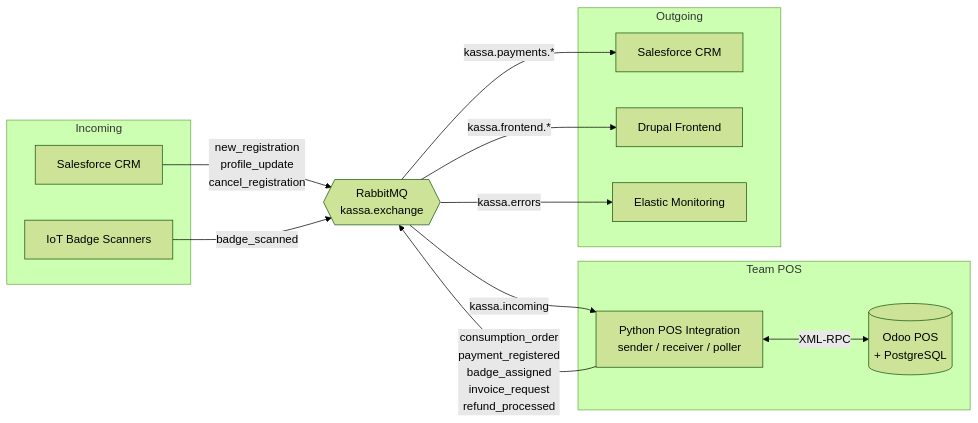
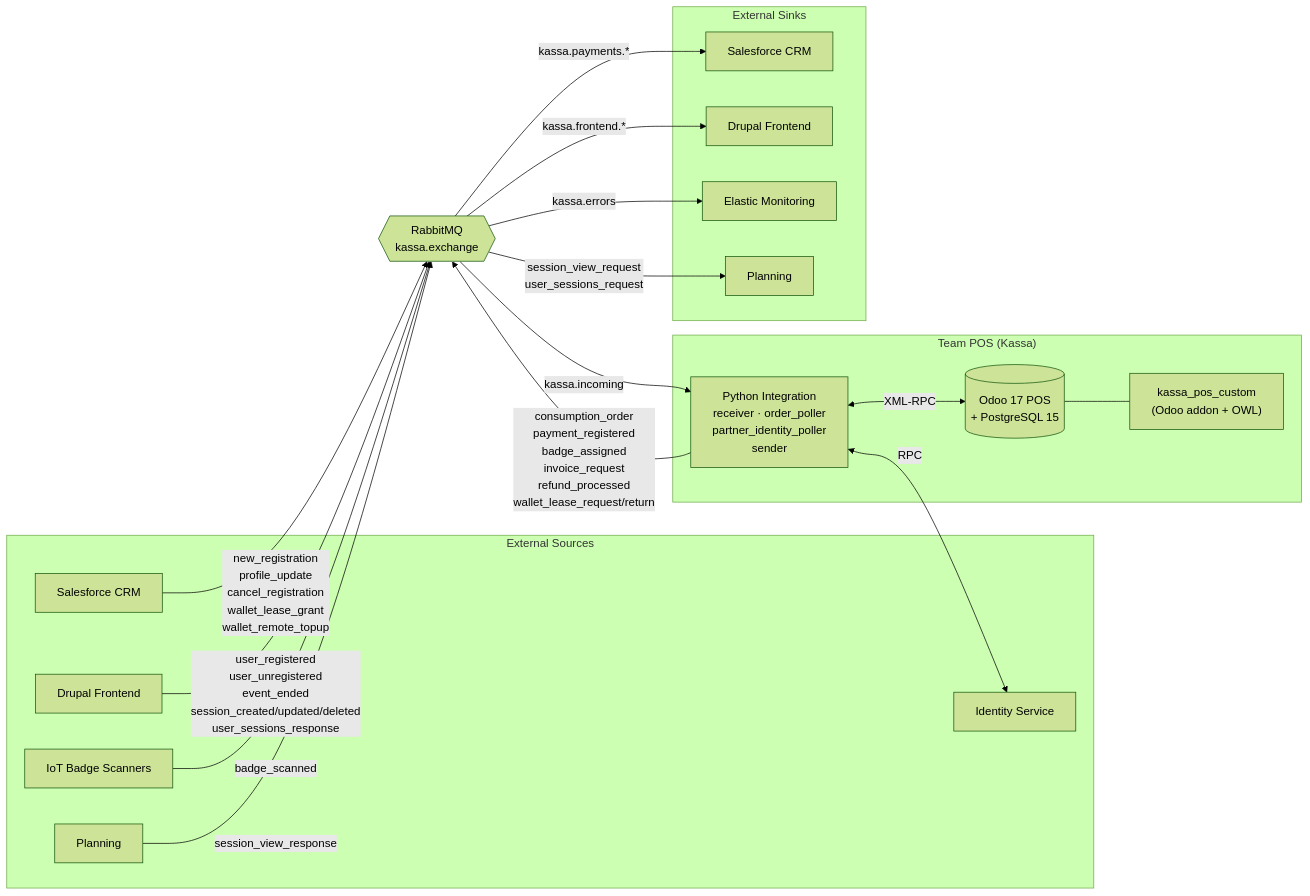
One commit to IntegrationProject-Groep1/Kassa changed the diagram in README.md. Above: the diagram before and after it, drawn with Mermaid (forest theme). The commit also changed other lines of this file, not shown here.

````diff
--- a/README.md
+++ b/README.md
@@ -46,29 +46,39 @@
 ```mermaid
 flowchart LR
-    subgraph Incoming
+    subgraph Sources["External Sources"]
         CRM[Salesforce CRM]
-        IoT[IoT Badge Scanners]
+        FE[Drupal Frontend]
+        IOT[IoT Badge Scanners]
+        PLAN[Planning]
+        ID[Identity Service]
     end
 
     RMQ{{"RabbitMQ\nkassa.exchange"}}
 
-    subgraph POS["Team POS"]
-        PY[Python POS Integration\nsender / receiver / poller]
-        ODOO[(Odoo POS\n+ PostgreSQL)]
+    subgraph POS["Team POS (Kassa)"]
+        PY["Python Integration\nreceiver · order_poller\npartner_identity_poller\nsender"]
+        ODOO[("Odoo 17 POS\n+ PostgreSQL 15")]
+        ADDON["kassa_pos_custom\n(Odoo addon + OWL)"]
     end
 
-    subgraph Outgoing
+    subgraph Sinks["External Sinks"]
         CRM2[Salesforce CRM]
         DRUPAL[Drupal Frontend]
         ELASTIC[Elastic Monitoring]
+        PLAN2[Planning]
     end
 
-    CRM -- "new_registration\nprofile_update\ncancel_registration" --> RMQ
-    IoT -- "badge_scanned" --> RMQ
+    CRM -- "new_registration\nprofile_update\ncancel_registration\nwallet_lease_grant\nwallet_remote_topup" --> RMQ
+    FE -- "user_registered\nuser_unregistered\nevent_ended\nsession_created/updated/deleted\nuser_sessions_response" --> RMQ
+    IOT -- "badge_scanned" --> RMQ
+    PLAN -- "session_view_response" --> RMQ
     RMQ -- "kassa.incoming" --> PY
     PY <-->|XML-RPC| ODOO
-    PY -- "consumption_order\npayment_registered\nbadge_assigned\ninvoice_request\nrefund_processed" --> RMQ
+    ODOO --- ADDON
+    PY -- "consumption_order\npayment_registered\nbadge_assigned\ninvoice_request\nrefund_processed\nwallet_lease_request/return" --> RMQ
+    PY <-->|RPC| ID
     RMQ -- "kassa.payments.*" --> CRM2
     RMQ -- "kassa.frontend.*" --> DRUPAL
     RMQ -- "kassa.errors" --> ELASTIC
+    RMQ -- "session_view_request\nuser_sessions_request" --> PLAN2
 ```
````
